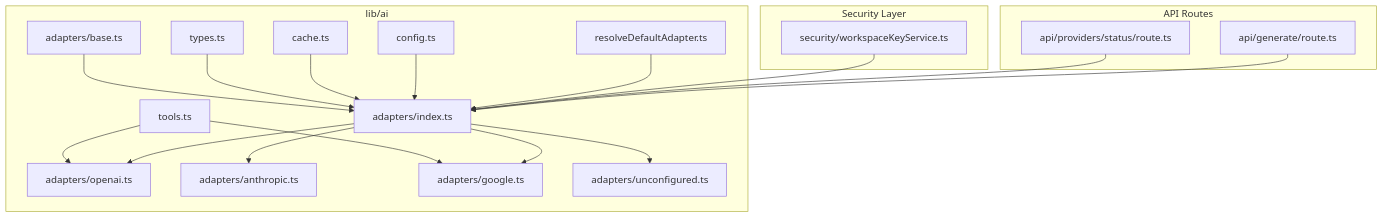
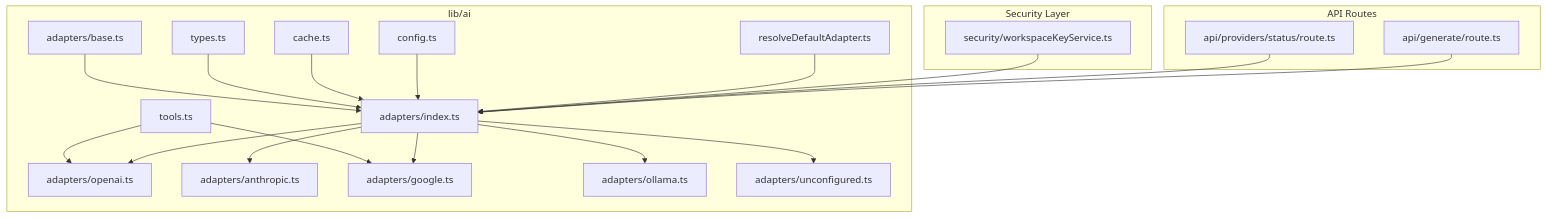
One commit to shekhargiri005-dotcom/AI-powered-accessibility-first-UI-engine changed the first of 10 diagrams in .qoder/repowiki/en/content/Architecture & Design/Layered Architecture/Business Logic Layer/AI Provider Adapter System.md. Above: the diagram before and after it, drawn with Mermaid. The commit also changed other lines of this file and 20 other files, not shown here.

````diff
--- a/.qoder/repowiki/en/content/Architecture & Design/Layered Architecture/Business Logic Layer/AI Provider Adapter System.md
+++ b/.qoder/repowiki/en/content/Architecture & Design/Layered Architecture/Business Logic Layer/AI Provider Adapter System.md
@@ -59,37 +56,39 @@
 ```mermaid
 graph TB
 subgraph "lib/ai"
 BASE["adapters/base.ts"]
 TYPES["types.ts"]
 TOOLS["tools.ts"]
 CACHE["cache.ts"]
 IDX["adapters/index.ts"]
 OA["adapters/openai.ts"]
 AA["adapters/anthropic.ts"]
 GA["adapters/google.ts"]
+OLA["adapters/ollama.ts"]
 UCA["adapters/unconfigured.ts"]
 CFG["config.ts"]
 RDA["resolveDefaultAdapter.ts"]
 end
 subgraph "Security Layer"
 WK["security/workspaceKeyService.ts"]
 end
 subgraph "API Routes"
 PS["api/providers/status/route.ts"]
 GR["api/generate/route.ts"]
 end
 BASE --> IDX
 TYPES --> IDX
 TOOLS --> OA
 TOOLS --> GA
 CACHE --> IDX
 IDX --> OA
 IDX --> AA
 IDX --> GA
+IDX --> OLA
 IDX --> UCA
 CFG --> IDX
 RDA --> IDX
 WK --> IDX
 PS --> IDX
 GR --> IDX
 ```
````
